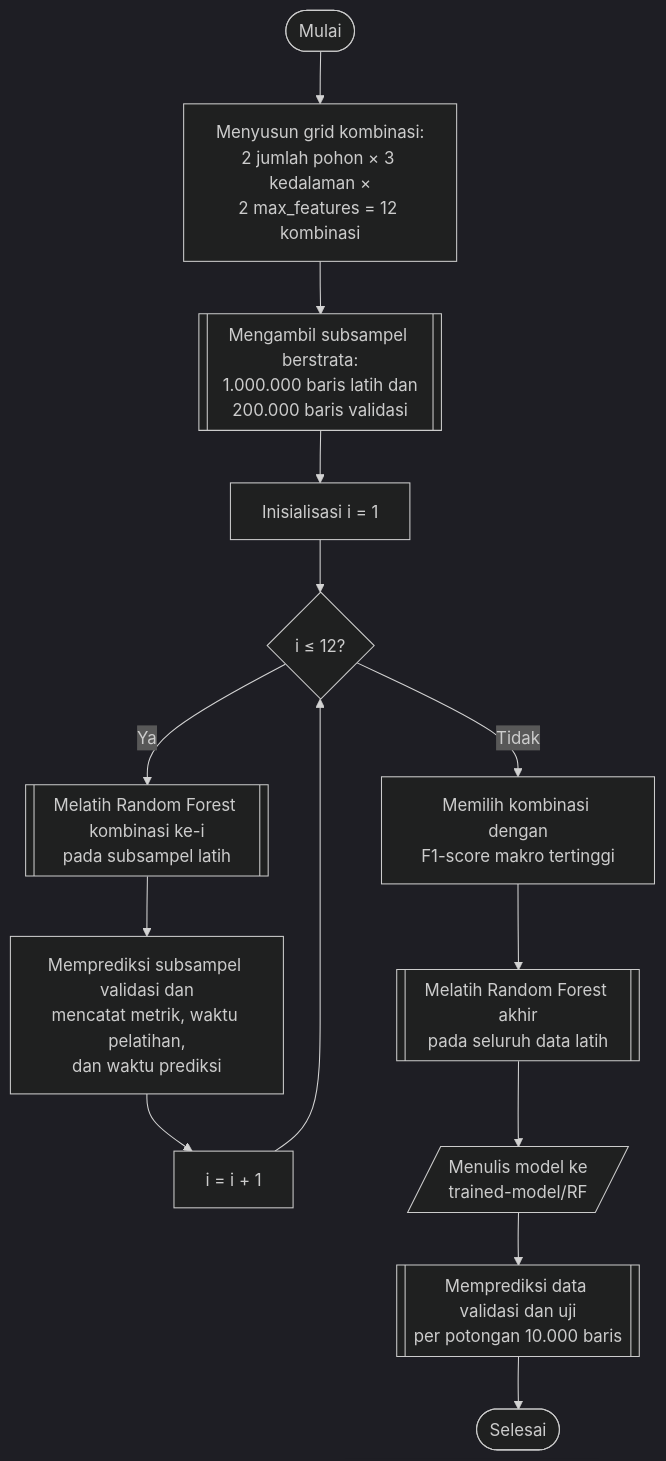
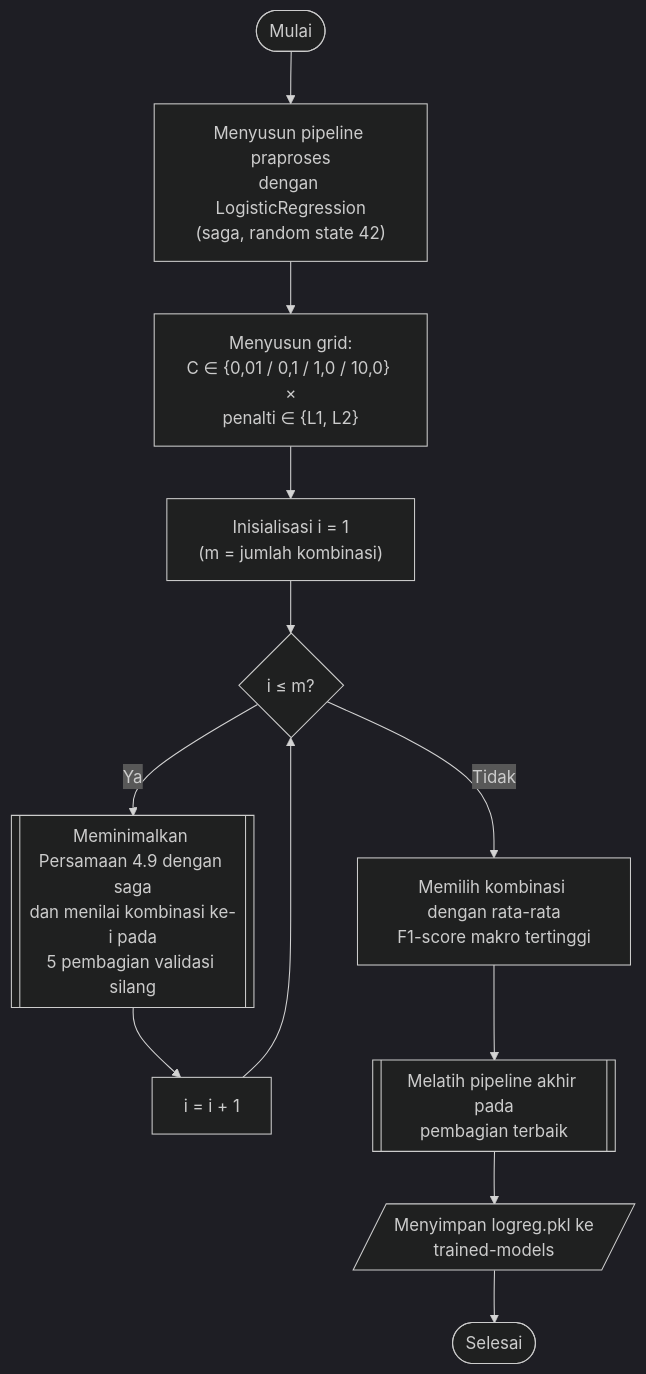
Before and after one commit to JoxNeis/mlids-robustness: the diagram in thesis/diagram/bab_04/diagram_04_12_01.mmd, drawn with Mermaid (dark theme). The commit also changed 80 other files, not shown here.

```diff
--- a/thesis/diagram/bab_04/diagram_04_12_01.mmd
+++ b/thesis/diagram/bab_04/diagram_04_12_01.mmd
@@ -1,17 +1,15 @@
 flowchart TD
     mulai(["Mulai"])
-    mulai --> grid["Menyusun grid kombinasi:<br>2 jumlah pohon × 3 kedalaman ×<br>2 max_features = 12 kombinasi"]
-    grid --> subsampel[["Mengambil subsampel berstrata:<br>1.000.000 baris latih dan<br>200.000 baris validasi"]]
-    subsampel --> init_i["Inisialisasi i = 1"]
-    init_i --> cek_i{"i ≤ 12?"}
+    mulai --> pipeline["Menyusun pipeline praproses<br>dengan LogisticRegression<br>(saga, random state 42)"]
+    pipeline --> grid["Menyusun grid:<br>C ∈ {0,01 / 0,1 / 1,0 / 10,0} ×<br>penalti ∈ {L1, L2}"]
+    grid --> init_i["Inisialisasi i = 1<br>(m = jumlah kombinasi)"]
+    init_i --> cek_i{"i ≤ m?"}
 
-    cek_i -->|"Ya"| latih_i[["Melatih Random Forest kombinasi ke-i<br>pada subsampel latih"]]
-    latih_i --> nilai["Memprediksi subsampel validasi dan<br>mencatat metrik, waktu pelatihan,<br>dan waktu prediksi"]
-    nilai --> inc_i["i = i + 1"]
+    cek_i -->|"Ya"| cv[["Meminimalkan Persamaan 4.9 dengan saga<br>dan menilai kombinasi ke-i pada<br>5 pembagian validasi silang"]]
+    cv --> inc_i["i = i + 1"]
     inc_i --> cek_i
 
-    cek_i -->|"Tidak"| pilih["Memilih kombinasi dengan<br>F1-score makro tertinggi"]
-    pilih --> latih[["Melatih Random Forest akhir<br>pada seluruh data latih"]]
-    latih --> simpan_model[/"Menulis model ke<br>trained-model/RF"/]
-    simpan_model --> prediksi[["Memprediksi data validasi dan uji<br>per potongan 10.000 baris"]]
-    prediksi --> selesai(["Selesai"])
+    cek_i -->|"Tidak"| pilih["Memilih kombinasi dengan rata-rata<br>F1-score makro tertinggi"]
+    pilih --> latih[["Melatih pipeline akhir pada<br>pembagian terbaik"]]
+    latih --> simpan[/"Menyimpan logreg.pkl ke<br>trained-models"/]
+    simpan --> selesai(["Selesai"])
```
